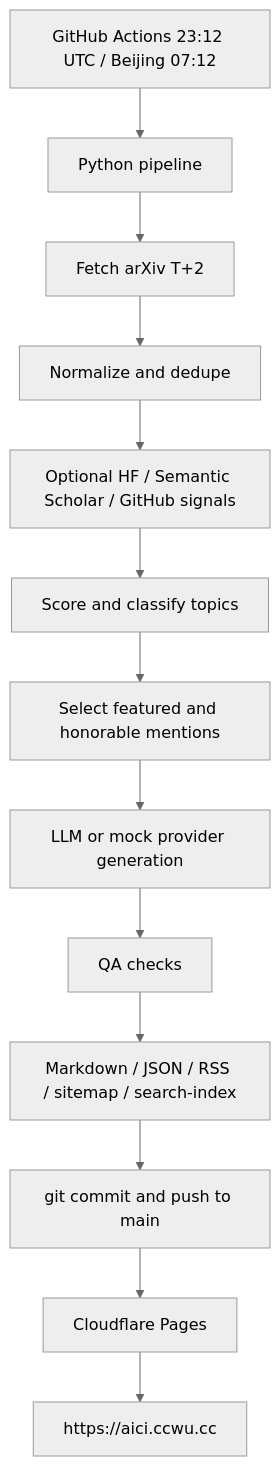
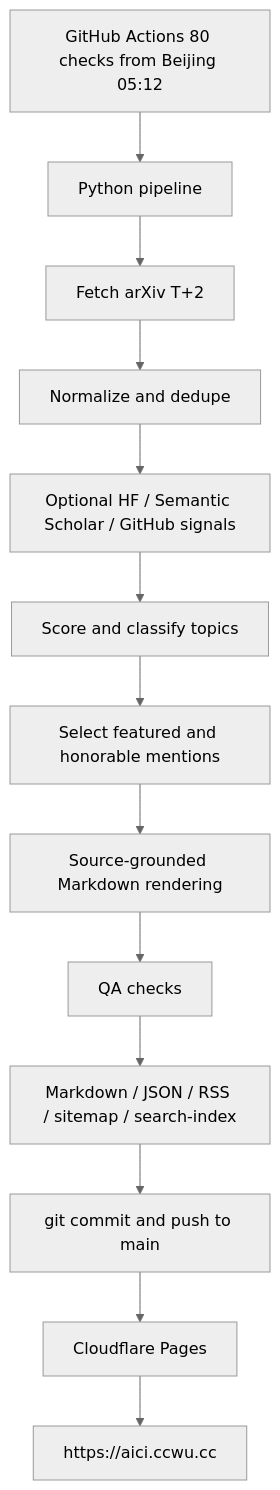
The diagram in README.md (siner9586/ai_research), drawn with Mermaid (neutral theme) before and after one commit. The commit also changed other lines of this file and 27 other files, not shown here.

````diff
--- a/README.md
+++ b/README.md
@@ -60,15 +60,15 @@
 ```mermaid
 flowchart TD
-  A[GitHub Actions 23:12 UTC / Beijing 07:12] --> B[Python pipeline]
+  A[GitHub Actions 80 checks from Beijing 05:12] --> B[Python pipeline]
   B --> C[Fetch arXiv T+2]
   C --> D[Normalize and dedupe]
   D --> E[Optional HF / Semantic Scholar / GitHub signals]
   E --> F[Score and classify topics]
   F --> G[Select featured and honorable mentions]
-  G --> H[LLM or mock provider generation]
+  G --> H[Source-grounded Markdown rendering]
   H --> I[QA checks]
   I --> J[Markdown / JSON / RSS / sitemap / search-index]
   J --> K[git commit and push to main]
   K --> L[Cloudflare Pages]
   L --> M[https://aici.ccwu.cc]
 ```
````
